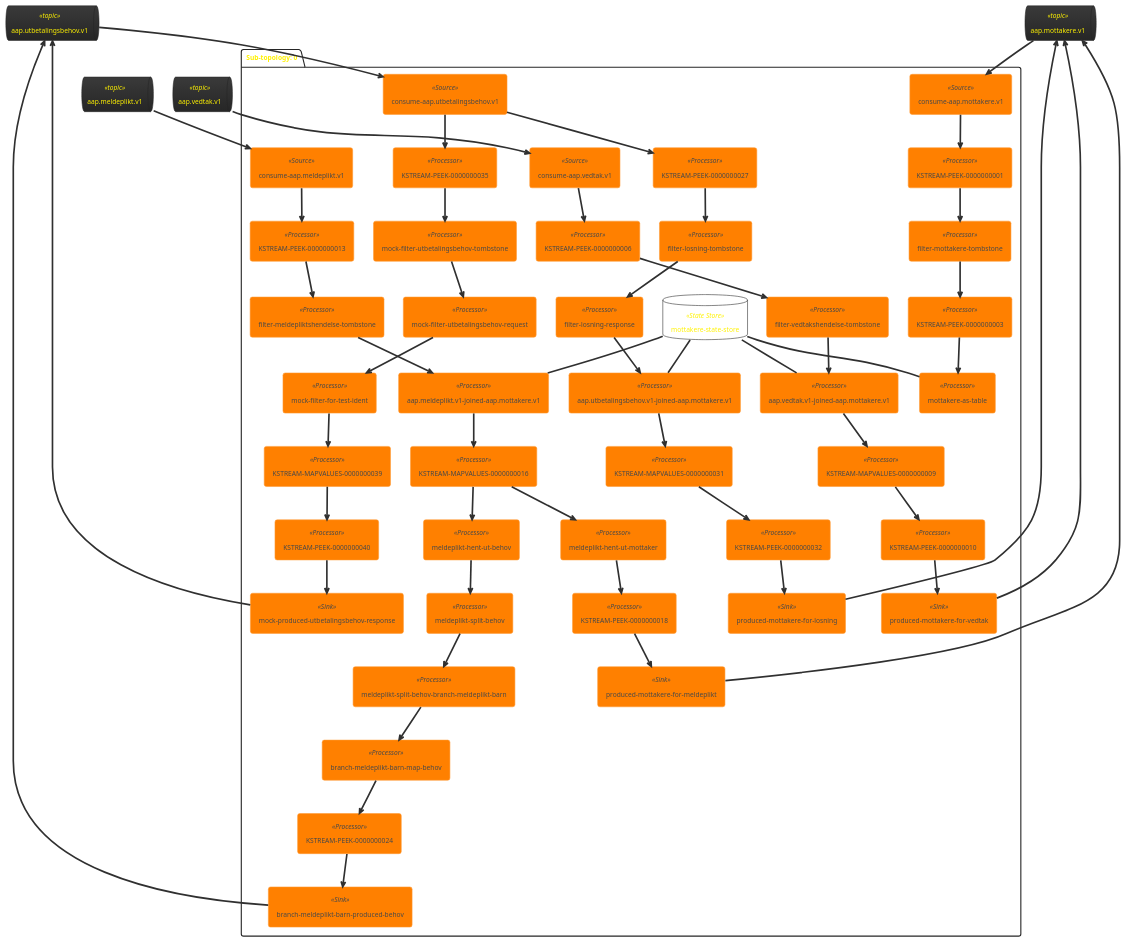
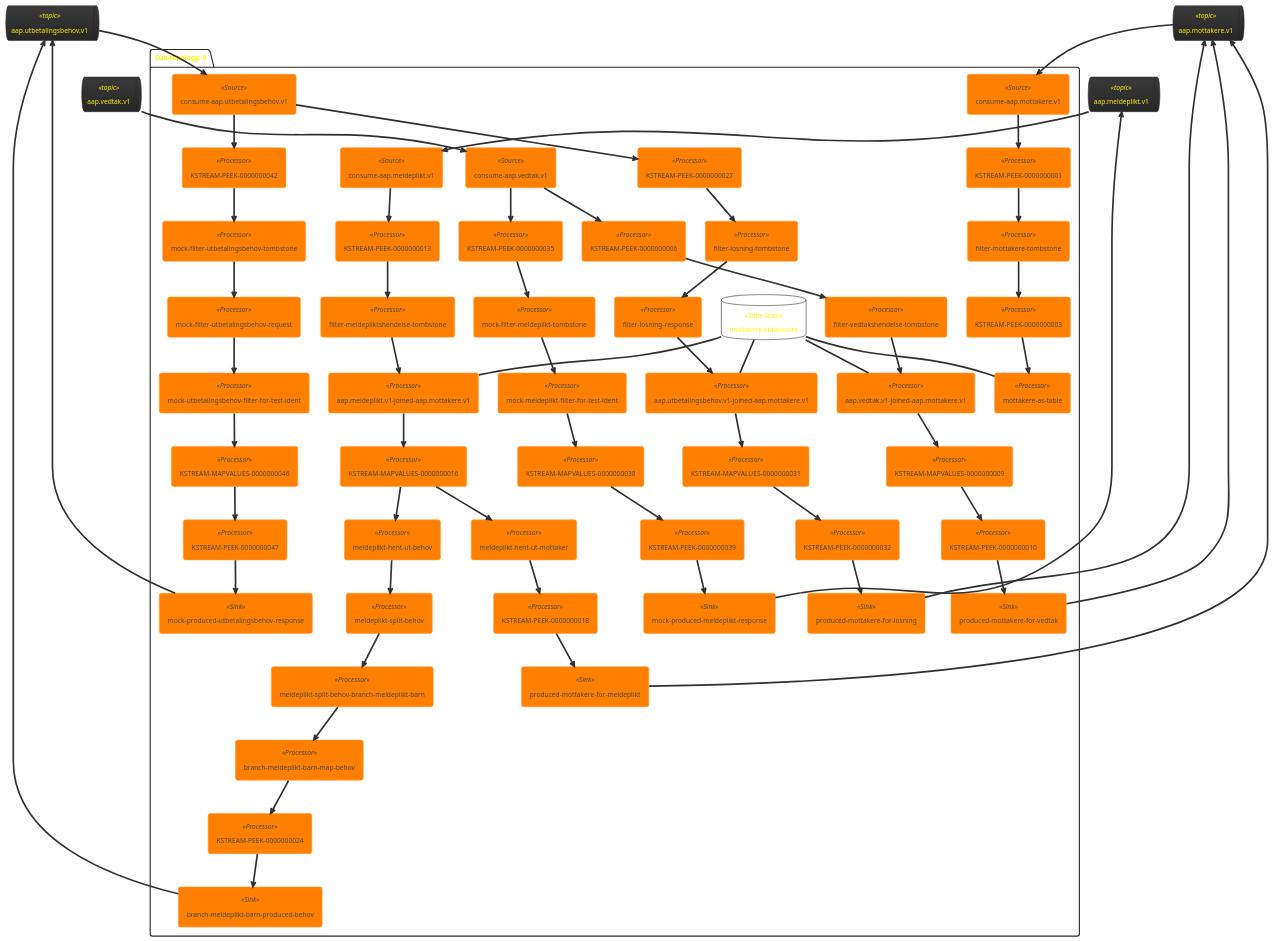
Before and after one commit to navikt/aap-utbetaling: the diagram in doc/topology.puml, drawn with PlantUML. The commit also changed 1 other file, not shown here.

Commit message:
Gir oppgavestyring tilgang til mottakere-topic

```diff
--- a/doc/topology.puml
+++ b/doc/topology.puml
@@ -1,101 +1,114 @@
 @startuml
 !theme black-knight
 queue "aap.utbetalingsbehov.v1" <<topic>> as aap_utbetalingsbehov_v1
+queue "aap.meldeplikt.v1" <<topic>> as aap_meldeplikt_v1
 queue "aap.mottakere.v1" <<topic>> as aap_mottakere_v1
-queue "aap.meldeplikt.v1" <<topic>> as aap_meldeplikt_v1
 queue "aap.vedtak.v1" <<topic>> as aap_vedtak_v1
 package "Sub-topology: 0" {
 	database "mottakere-state-store" <<State Store>> as mottakere_state_store
 	agent "consume-aap.utbetalingsbehov.v1" <<Source>> as consume_aap_utbetalingsbehov_v1
 	agent "consume-aap.meldeplikt.v1" <<Source>> as consume_aap_meldeplikt_v1
 	agent "KSTREAM-PEEK-0000000013" <<Processor>> as KSTREAM_PEEK_0000000013
+	agent "consume-aap.vedtak.v1" <<Source>> as consume_aap_vedtak_v1
 	agent "filter-meldepliktshendelse-tombstone" <<Processor>> as filter_meldepliktshendelse_tombstone
 	agent "aap.meldeplikt.v1-joined-aap.mottakere.v1" <<Processor>> as aap_meldeplikt_v1_joined_aap_mottakere_v1
 	agent "KSTREAM-MAPVALUES-0000000016" <<Processor>> as KSTREAM_MAPVALUES_0000000016
 	agent "KSTREAM-PEEK-0000000027" <<Processor>> as KSTREAM_PEEK_0000000027
+	agent "KSTREAM-PEEK-0000000042" <<Processor>> as KSTREAM_PEEK_0000000042
+	agent "KSTREAM-PEEK-0000000006" <<Processor>> as KSTREAM_PEEK_0000000006
 	agent "KSTREAM-PEEK-0000000035" <<Processor>> as KSTREAM_PEEK_0000000035
-	agent "consume-aap.vedtak.v1" <<Source>> as consume_aap_vedtak_v1
-	agent "KSTREAM-PEEK-0000000006" <<Processor>> as KSTREAM_PEEK_0000000006
 	agent "filter-losning-tombstone" <<Processor>> as filter_losning_tombstone
 	agent "meldeplikt-hent-ut-behov" <<Processor>> as meldeplikt_hent_ut_behov
 	agent "mock-filter-utbetalingsbehov-tombstone" <<Processor>> as mock_filter_utbetalingsbehov_tombstone
 	agent "consume-aap.mottakere.v1" <<Source>> as consume_aap_mottakere_v1
 	agent "filter-losning-response" <<Processor>> as filter_losning_response
 	agent "filter-vedtakshendelse-tombstone" <<Processor>> as filter_vedtakshendelse_tombstone
 	agent "meldeplikt-split-behov" <<Processor>> as meldeplikt_split_behov
+	agent "mock-filter-meldeplikt-tombstone" <<Processor>> as mock_filter_meldeplikt_tombstone
 	agent "mock-filter-utbetalingsbehov-request" <<Processor>> as mock_filter_utbetalingsbehov_request
 	agent "KSTREAM-PEEK-0000000001" <<Processor>> as KSTREAM_PEEK_0000000001
 	agent "aap.utbetalingsbehov.v1-joined-aap.mottakere.v1" <<Processor>> as aap_utbetalingsbehov_v1_joined_aap_mottakere_v1
 	agent "aap.vedtak.v1-joined-aap.mottakere.v1" <<Processor>> as aap_vedtak_v1_joined_aap_mottakere_v1
 	agent "meldeplikt-split-behov-branch-meldeplikt-barn" <<Processor>> as meldeplikt_split_behov_branch_meldeplikt_barn
-	agent "mock-filter-for-test-ident" <<Processor>> as mock_filter_for_test_ident
+	agent "mock-meldeplikt-filter-for-test-ident" <<Processor>> as mock_meldeplikt_filter_for_test_ident
+	agent "mock-utbetalingsbehov-filter-for-test-ident" <<Processor>> as mock_utbetalingsbehov_filter_for_test_ident
 	agent "KSTREAM-MAPVALUES-0000000009" <<Processor>> as KSTREAM_MAPVALUES_0000000009
 	agent "KSTREAM-MAPVALUES-0000000031" <<Processor>> as KSTREAM_MAPVALUES_0000000031
-	agent "KSTREAM-MAPVALUES-0000000039" <<Processor>> as KSTREAM_MAPVALUES_0000000039
+	agent "KSTREAM-MAPVALUES-0000000038" <<Processor>> as KSTREAM_MAPVALUES_0000000038
+	agent "KSTREAM-MAPVALUES-0000000046" <<Processor>> as KSTREAM_MAPVALUES_0000000046
 	agent "branch-meldeplikt-barn-map-behov" <<Processor>> as branch_meldeplikt_barn_map_behov
 	agent "filter-mottakere-tombstone" <<Processor>> as filter_mottakere_tombstone
 	agent "meldeplikt-hent-ut-mottaker" <<Processor>> as meldeplikt_hent_ut_mottaker
 	agent "KSTREAM-PEEK-0000000003" <<Processor>> as KSTREAM_PEEK_0000000003
 	agent "KSTREAM-PEEK-0000000010" <<Processor>> as KSTREAM_PEEK_0000000010
 	agent "KSTREAM-PEEK-0000000018" <<Processor>> as KSTREAM_PEEK_0000000018
 	agent "KSTREAM-PEEK-0000000024" <<Processor>> as KSTREAM_PEEK_0000000024
 	agent "KSTREAM-PEEK-0000000032" <<Processor>> as KSTREAM_PEEK_0000000032
-	agent "KSTREAM-PEEK-0000000040" <<Processor>> as KSTREAM_PEEK_0000000040
+	agent "KSTREAM-PEEK-0000000039" <<Processor>> as KSTREAM_PEEK_0000000039
+	agent "KSTREAM-PEEK-0000000047" <<Processor>> as KSTREAM_PEEK_0000000047
 	agent "branch-meldeplikt-barn-produced-behov" <<Sink>> as branch_meldeplikt_barn_produced_behov
+	agent "mock-produced-meldeplikt-response" <<Sink>> as mock_produced_meldeplikt_response
 	agent "mock-produced-utbetalingsbehov-response" <<Sink>> as mock_produced_utbetalingsbehov_response
 	agent "mottakere-as-table" <<Processor>> as mottakere_as_table
 	agent "produced-mottakere-for-losning" <<Sink>> as produced_mottakere_for_losning
 	agent "produced-mottakere-for-meldeplikt" <<Sink>> as produced_mottakere_for_meldeplikt
 	agent "produced-mottakere-for-vedtak" <<Sink>> as produced_mottakere_for_vedtak
 	aap_utbetalingsbehov_v1 --> consume_aap_utbetalingsbehov_v1
 	aap_meldeplikt_v1 --> consume_aap_meldeplikt_v1
+	aap_vedtak_v1 --> consume_aap_vedtak_v1
 	mottakere_state_store -- aap_meldeplikt_v1_joined_aap_mottakere_v1
-	aap_vedtak_v1 --> consume_aap_vedtak_v1
 	aap_mottakere_v1 --> consume_aap_mottakere_v1
 	mottakere_state_store -- aap_utbetalingsbehov_v1_joined_aap_mottakere_v1
 	mottakere_state_store -- aap_vedtak_v1_joined_aap_mottakere_v1
 	aap_utbetalingsbehov_v1 <-- branch_meldeplikt_barn_produced_behov
+	aap_meldeplikt_v1 <-- mock_produced_meldeplikt_response
 	aap_utbetalingsbehov_v1 <-- mock_produced_utbetalingsbehov_response
 	mottakere_state_store -- mottakere_as_table
 	aap_mottakere_v1 <-- produced_mottakere_for_losning
 	aap_mottakere_v1 <-- produced_mottakere_for_meldeplikt
 	aap_mottakere_v1 <-- produced_mottakere_for_vedtak
 	consume_aap_utbetalingsbehov_v1 --> KSTREAM_PEEK_0000000027
-	consume_aap_utbetalingsbehov_v1 --> KSTREAM_PEEK_0000000035
+	consume_aap_utbetalingsbehov_v1 --> KSTREAM_PEEK_0000000042
 	consume_aap_meldeplikt_v1 --> KSTREAM_PEEK_0000000013
 	KSTREAM_PEEK_0000000013 --> filter_meldepliktshendelse_tombstone
+	consume_aap_vedtak_v1 --> KSTREAM_PEEK_0000000006
+	consume_aap_vedtak_v1 --> KSTREAM_PEEK_0000000035
 	filter_meldepliktshendelse_tombstone --> aap_meldeplikt_v1_joined_aap_mottakere_v1
 	aap_meldeplikt_v1_joined_aap_mottakere_v1 --> KSTREAM_MAPVALUES_0000000016
 	KSTREAM_MAPVALUES_0000000016 --> meldeplikt_hent_ut_behov
 	KSTREAM_MAPVALUES_0000000016 --> meldeplikt_hent_ut_mottaker
 	KSTREAM_PEEK_0000000027 --> filter_losning_tombstone
-	KSTREAM_PEEK_0000000035 --> mock_filter_utbetalingsbehov_tombstone
-	consume_aap_vedtak_v1 --> KSTREAM_PEEK_0000000006
+	KSTREAM_PEEK_0000000042 --> mock_filter_utbetalingsbehov_tombstone
 	KSTREAM_PEEK_0000000006 --> filter_vedtakshendelse_tombstone
+	KSTREAM_PEEK_0000000035 --> mock_filter_meldeplikt_tombstone
 	filter_losning_tombstone --> filter_losning_response
 	meldeplikt_hent_ut_behov --> meldeplikt_split_behov
 	mock_filter_utbetalingsbehov_tombstone --> mock_filter_utbetalingsbehov_request
 	consume_aap_mottakere_v1 --> KSTREAM_PEEK_0000000001
 	filter_losning_response --> aap_utbetalingsbehov_v1_joined_aap_mottakere_v1
 	filter_vedtakshendelse_tombstone --> aap_vedtak_v1_joined_aap_mottakere_v1
 	meldeplikt_split_behov --> meldeplikt_split_behov_branch_meldeplikt_barn
-	mock_filter_utbetalingsbehov_request --> mock_filter_for_test_ident
+	mock_filter_meldeplikt_tombstone --> mock_meldeplikt_filter_for_test_ident
+	mock_filter_utbetalingsbehov_request --> mock_utbetalingsbehov_filter_for_test_ident
 	KSTREAM_PEEK_0000000001 --> filter_mottakere_tombstone
 	aap_utbetalingsbehov_v1_joined_aap_mottakere_v1 --> KSTREAM_MAPVALUES_0000000031
 	aap_vedtak_v1_joined_aap_mottakere_v1 --> KSTREAM_MAPVALUES_0000000009
 	meldeplikt_split_behov_branch_meldeplikt_barn --> branch_meldeplikt_barn_map_behov
-	mock_filter_for_test_ident --> KSTREAM_MAPVALUES_0000000039
+	mock_meldeplikt_filter_for_test_ident --> KSTREAM_MAPVALUES_0000000038
+	mock_utbetalingsbehov_filter_for_test_ident --> KSTREAM_MAPVALUES_0000000046
 	KSTREAM_MAPVALUES_0000000009 --> KSTREAM_PEEK_0000000010
 	KSTREAM_MAPVALUES_0000000031 --> KSTREAM_PEEK_0000000032
-	KSTREAM_MAPVALUES_0000000039 --> KSTREAM_PEEK_0000000040
+	KSTREAM_MAPVALUES_0000000038 --> KSTREAM_PEEK_0000000039
+	KSTREAM_MAPVALUES_0000000046 --> KSTREAM_PEEK_0000000047
 	branch_meldeplikt_barn_map_behov --> KSTREAM_PEEK_0000000024
 	filter_mottakere_tombstone --> KSTREAM_PEEK_0000000003
 	meldeplikt_hent_ut_mottaker --> KSTREAM_PEEK_0000000018
 	KSTREAM_PEEK_0000000003 --> mottakere_as_table
 	KSTREAM_PEEK_0000000010 --> produced_mottakere_for_vedtak
 	KSTREAM_PEEK_0000000018 --> produced_mottakere_for_meldeplikt
 	KSTREAM_PEEK_0000000024 --> branch_meldeplikt_barn_produced_behov
 	KSTREAM_PEEK_0000000032 --> produced_mottakere_for_losning
-	KSTREAM_PEEK_0000000040 --> mock_produced_utbetalingsbehov_response
+	KSTREAM_PEEK_0000000039 --> mock_produced_meldeplikt_response
+	KSTREAM_PEEK_0000000047 --> mock_produced_utbetalingsbehov_response
 }
 @enduml
```
